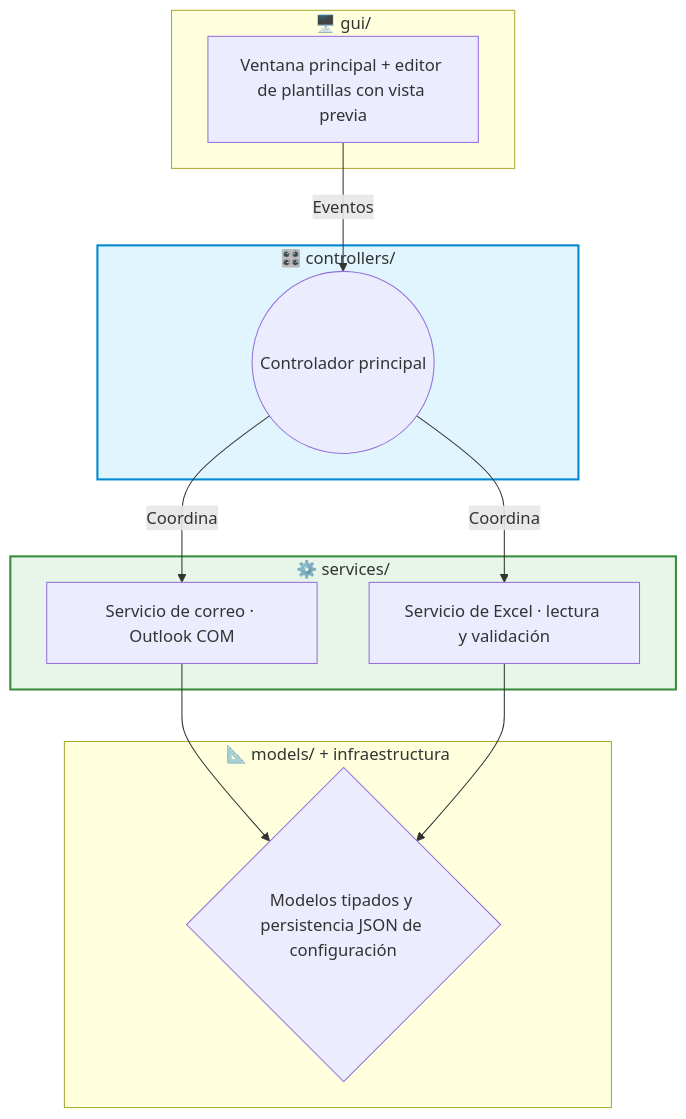
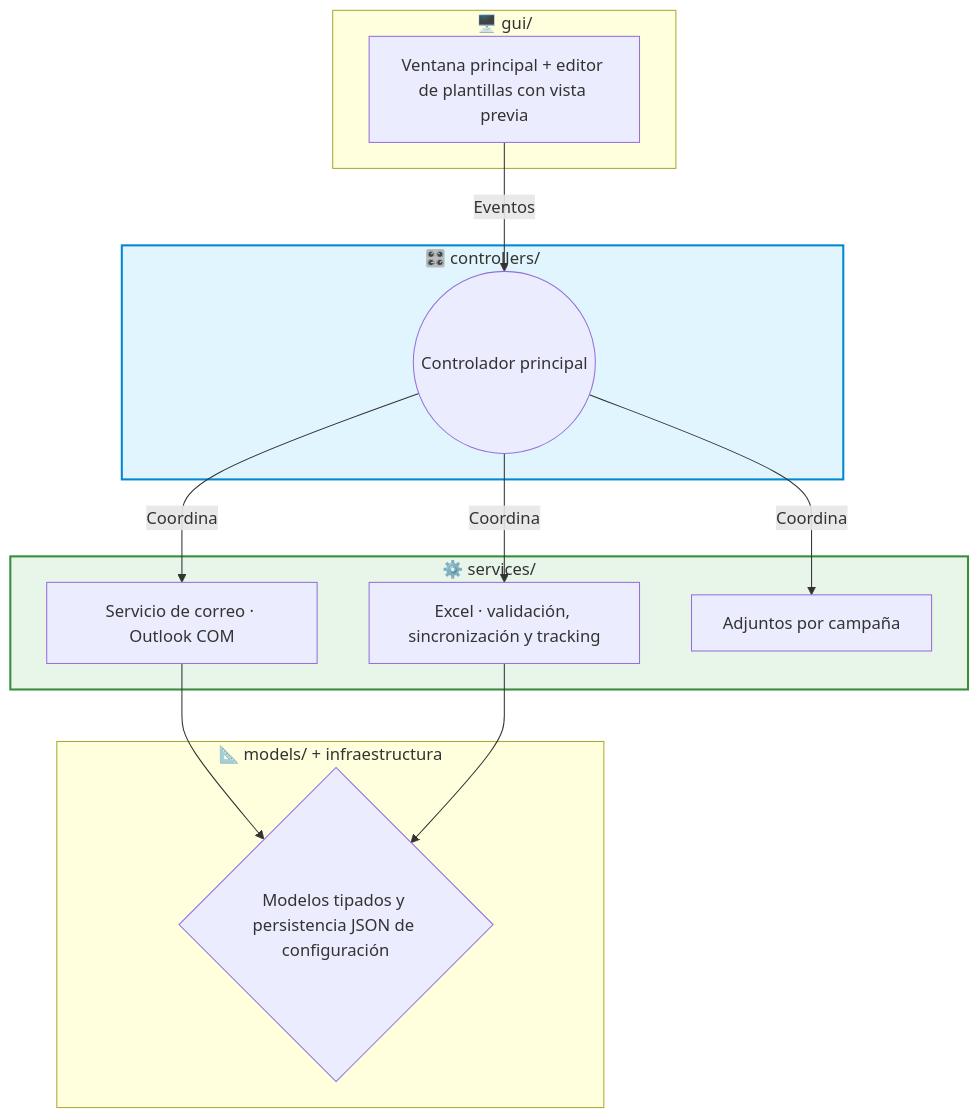
The second of 2 diagrams in Showcase_Email_Auto.md (ivanher97/Email_Auto_CTIngenieros), drawn with Mermaid before and after one commit. The commit also changed other lines of this file, not shown here.

````diff
--- a/Showcase_Email_Auto.md
+++ b/Showcase_Email_Auto.md
@@ -44,28 +51,30 @@
 ```mermaid
 graph TD
     subgraph presentacion [🖥️ gui/]
         UI[Ventana principal + editor de plantillas con vista previa]
     end
 
     subgraph orquestacion [🎛️ controllers/]
         C((Controlador principal))
     end
 
     subgraph negocio [⚙️ services/]
         S1[Servicio de correo · Outlook COM]
-        S2[Servicio de Excel · lectura y validación]
+        S2[Excel · validación, sincronización y tracking]
+        S3[Adjuntos por campaña]
     end
 
     subgraph datos [📐 models/ + infraestructura]
         M{Modelos tipados y persistencia JSON de configuración}
     end
 
     UI -->|Eventos| C
     C -->|Coordina| S1
     C -->|Coordina| S2
+    C -->|Coordina| S3
     S1 --> M
     S2 --> M
 
     style orquestacion fill:#e1f5fe,stroke:#0288d1,stroke-width:2px
     style negocio fill:#e8f5e9,stroke:#388e3c,stroke-width:2px
 ```
````
